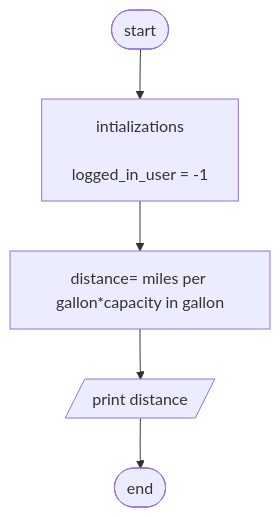
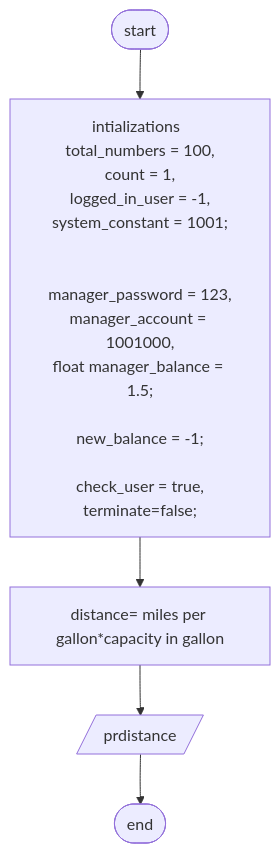
Before and after one commit to Ludis-ET/Bank-Account: the first of 2 diagrams in FoP I/flowchart.md, drawn with Mermaid.

Commit message:
copleting intializations

````diff
--- a/FoP I/flowchart.md
+++ b/FoP I/flowchart.md
@@ -1,8 +1,24 @@
 ```mermaid
     flowchart TD;
-    A([start])-->B["intializations \n 
-    logged_in_user = -1"];
+    A([start])-->B["
+    intializations  
+    total_numbers = 100,
+    count = 1,
+    logged_in_user = -1,
+    system_constant = 1001;
+
+
+    manager_password = 123,
+    manager_account = 1001000,
+    float manager_balance = 1.5;
+    
+    new_balance = -1;
+
+    check_user = true,
+    terminate=false;
+    
+    "];
     B-->C["distance= miles per gallon*capacity in gallon"];
-    C-->D[/print distance/];
+    C-->D[/prdistance/];
     D-->E([end]);
 ```
````
